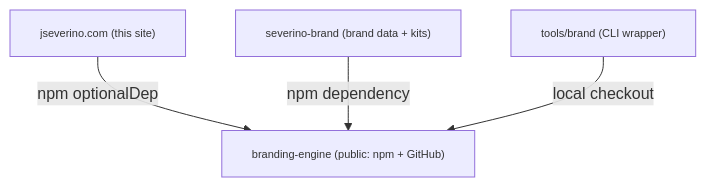
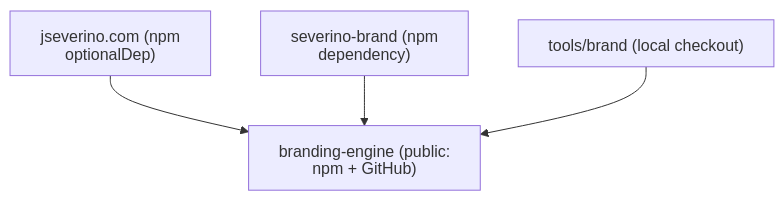
The diagram in docs/Brand-System.md (joeseverino/jseverino.com), drawn with Mermaid before and after one commit. The commit also changed 39 other files, not shown here.

````diff
--- a/docs/Brand-System.md
+++ b/docs/Brand-System.md
@@ -91,13 +91,12 @@
 ```mermaid
+%%{init: { "htmlLabels": false } }%%
 graph TD
     BE["branding-engine (public: npm + GitHub)"]
-    JS["jseverino.com (this site)"]
-    SB["severino-brand (brand data + kits)"]
-    TB["tools/brand (CLI wrapper)"]
+    JS["jseverino.com (npm optionalDep)"]
+    SB["severino-brand (npm dependency)"]
+    TB["tools/brand (local checkout)"]
 
-    JS -->|npm optionalDep| BE
-    SB -->|npm dependency| BE
-    TB -->|local checkout| BE
-
-    classDef default font-size:11px;
+    JS --> BE
+    SB --> BE
+    TB --> BE
 ```
````
